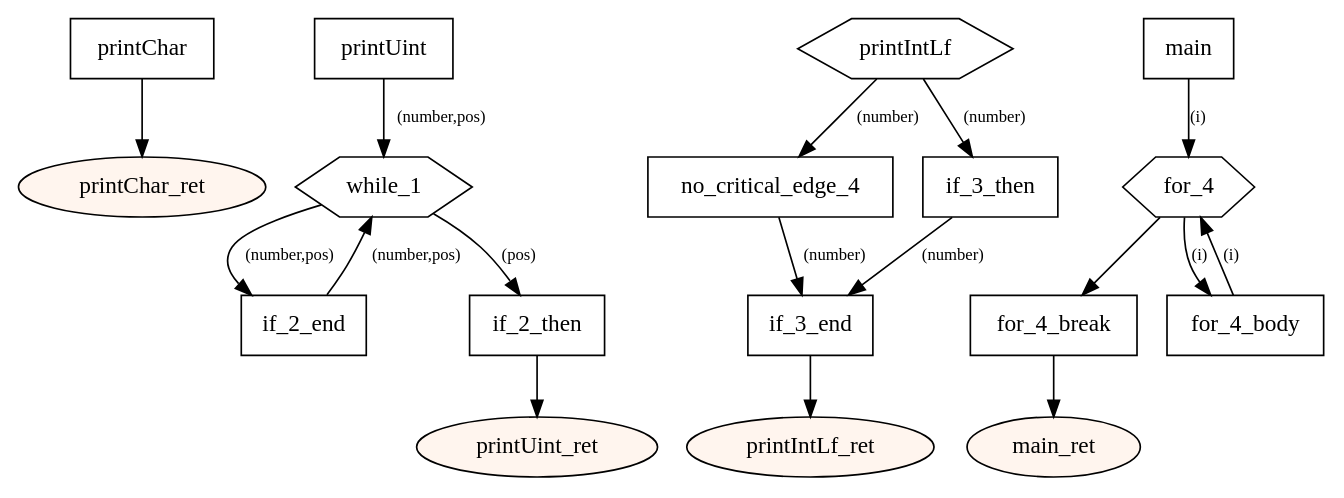
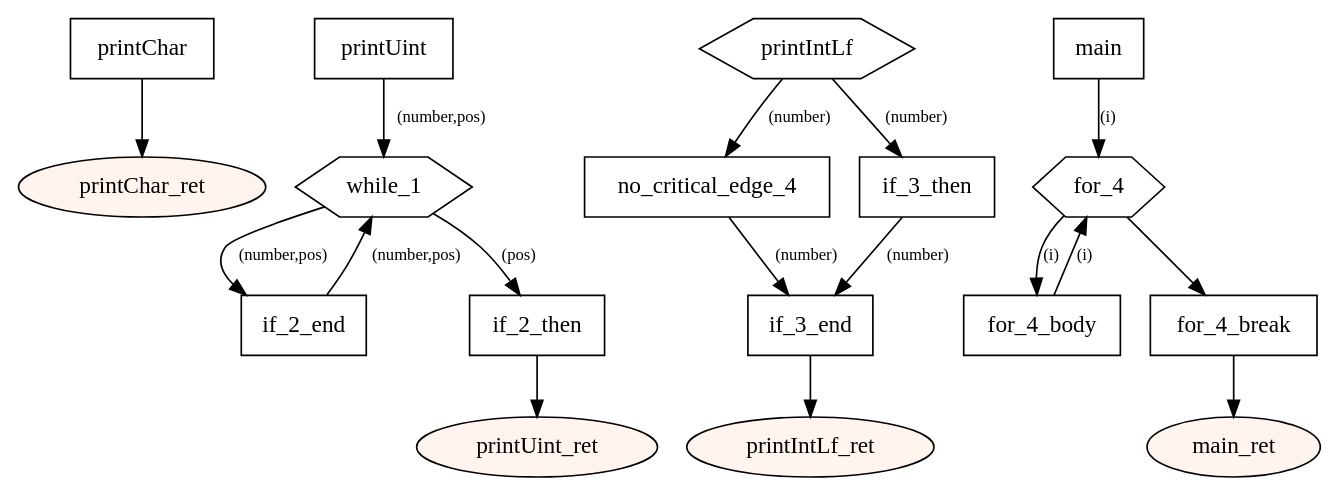
The diagram in src/main/resources-test/types.dot (tmssngr/tinyC), drawn with Graphviz before and after one commit. The commit also changed other lines of this file and 51 other files, not shown here.

```diff
--- a/src/main/resources-test/types.dot
+++ b/src/main/resources-test/types.dot
@@ -1,44 +1,44 @@
 digraph program {
 	edge[fontsize="10pt"];
 	subgraph fn_printChar {
 		BasicBlock_0_printChar [label="printChar",shape=box];
 		BasicBlock_0_printChar -> BasicBlock_0_printChar_ret;
 		BasicBlock_0_printChar_ret [label="printChar_ret",shape=oval,style=filled,fillcolor="#fff5ee"];
 	}
 	subgraph fn_printUint {
 		BasicBlock_1_printUint [label="printUint",shape=box];
 		BasicBlock_1_printUint -> BasicBlock_1_while_1 [label="(number,pos)"];
+		BasicBlock_1_if_2_end [label="if_2_end",shape=box];
+		BasicBlock_1_if_2_end -> BasicBlock_1_while_1 [label="(number,pos)"];
 		BasicBlock_1_while_1 [label="while_1",shape=hexagon];
 		BasicBlock_1_while_1 -> BasicBlock_1_if_2_end [label="(number,pos)"];
 		BasicBlock_1_while_1 -> BasicBlock_1_if_2_then [label="(pos)"];
 		BasicBlock_1_if_2_then [label="if_2_then",shape=box];
 		BasicBlock_1_if_2_then -> BasicBlock_1_printUint_ret;
-		BasicBlock_1_if_2_end [label="if_2_end",shape=box];
-		BasicBlock_1_if_2_end -> BasicBlock_1_while_1 [label="(number,pos)"];
 		BasicBlock_1_printUint_ret [label="printUint_ret",shape=oval,style=filled,fillcolor="#fff5ee"];
 	}
 	subgraph fn_printIntLf {
 		BasicBlock_2_printIntLf [label="printIntLf",shape=hexagon];
 		BasicBlock_2_printIntLf -> BasicBlock_2_no_critical_edge_4 [label="(number)"];
 		BasicBlock_2_printIntLf -> BasicBlock_2_if_3_then [label="(number)"];
+		BasicBlock_2_no_critical_edge_4 [label="no_critical_edge_4",shape=box];
+		BasicBlock_2_no_critical_edge_4 -> BasicBlock_2_if_3_end [label="(number)"];
 		BasicBlock_2_if_3_then [label="if_3_then",shape=box];
 		BasicBlock_2_if_3_then -> BasicBlock_2_if_3_end [label="(number)"];
-		BasicBlock_2_no_critical_edge_4 [label="no_critical_edge_4",shape=box];
-		BasicBlock_2_no_critical_edge_4 -> BasicBlock_2_if_3_end [label="(number)"];
 		BasicBlock_2_if_3_end [label="if_3_end",shape=box];
 		BasicBlock_2_if_3_end -> BasicBlock_2_printIntLf_ret;
 		BasicBlock_2_printIntLf_ret [label="printIntLf_ret",shape=oval,style=filled,fillcolor="#fff5ee"];
 	}
 	subgraph fn_main {
 		BasicBlock_3_main [label="main",shape=box];
 		BasicBlock_3_main -> BasicBlock_3_for_4 [label="(i)"];
+		BasicBlock_3_for_4_body [label="for_4_body",shape=box];
+		BasicBlock_3_for_4_body -> BasicBlock_3_for_4 [label="(i)"];
 		BasicBlock_3_for_4 [label="for_4",shape=hexagon];
 		BasicBlock_3_for_4 -> BasicBlock_3_for_4_break;
 		BasicBlock_3_for_4 -> BasicBlock_3_for_4_body [label="(i)"];
-		BasicBlock_3_for_4_body [label="for_4_body",shape=box];
-		BasicBlock_3_for_4_body -> BasicBlock_3_for_4 [label="(i)"];
 		BasicBlock_3_for_4_break [label="for_4_break",shape=box];
 		BasicBlock_3_for_4_break -> BasicBlock_3_main_ret;
 		BasicBlock_3_main_ret [label="main_ret",shape=oval,style=filled,fillcolor="#fff5ee"];
 	}
 }
```
